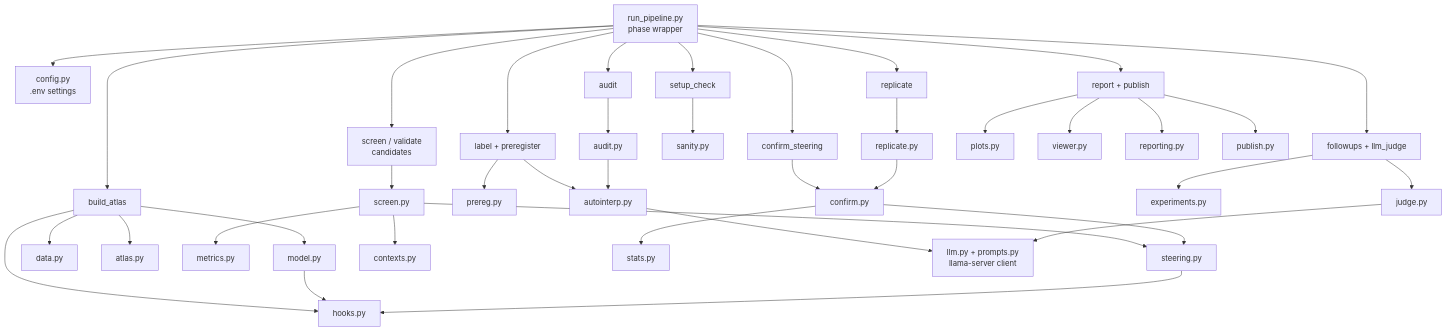
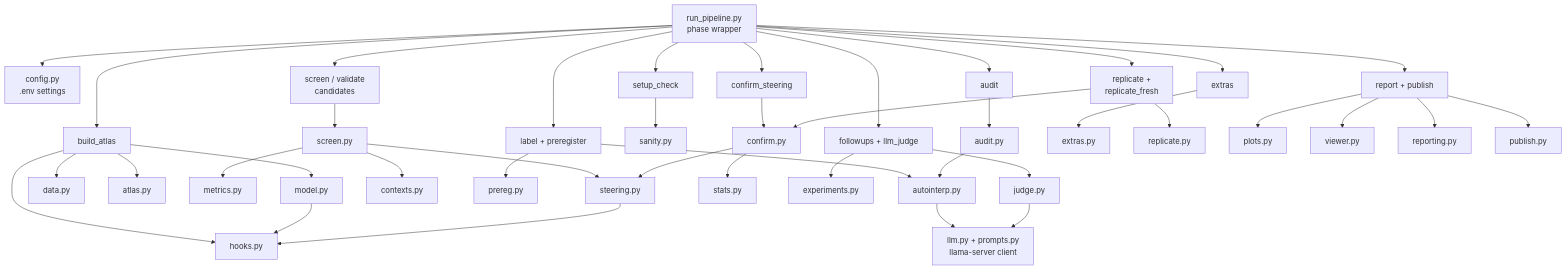
The second of 2 diagrams in README.md (BurnyCoder/looped-transformers-llms-neuron-mechanistic-interpretability), drawn with Mermaid before and after one commit. The commit also changed other lines of this file and 7 other files, not shown here.

````diff
--- a/README.md
+++ b/README.md
@@ -152,18 +156,19 @@
 ```mermaid
 flowchart TB
   RP[run_pipeline.py<br/>phase wrapper] --> CFG[config.py<br/>.env settings]
-  RP --> PH0[setup_check] & PH1[build_atlas] & PH2[screen / validate<br/>candidates] & PH3[label + preregister] & PH4[confirm_steering] & PH5[followups + llm_judge] & PH6[audit] & PH7[replicate] & PH8[report + publish]
+  RP --> PH0[setup_check] & PH1[build_atlas] & PH2[screen / validate<br/>candidates] & PH3[label + preregister] & PH4[confirm_steering] & PH5[followups + llm_judge] & PH6[audit] & PHX[extras] & PH7[replicate +<br/>replicate_fresh] & PH8[report + publish]
   PH0 --> SN[sanity.py]
   PH1 --> M[model.py] & HK[hooks.py] & DT[data.py] & AT[atlas.py]
   PH2 --> SC[screen.py] --> MT[metrics.py] & ST[steering.py] & CX[contexts.py]
   PH3 --> PR[prereg.py] & AI[autointerp.py]
   PH4 --> CF[confirm.py] --> ST & SS[stats.py]
   PH5 --> EX[experiments.py] & JD[judge.py]
   PH6 --> AU[audit.py] --> AI
-  PH7 --> RE[replicate.py] --> CF
+  PHX --> XX[extras.py]
+  PH7 --> RE[replicate.py] & CF
   AI --> LLM[llm.py + prompts.py<br/>llama-server client]
   JD --> LLM
   PH8 --> PL[plots.py] & VW[viewer.py] & RT[reporting.py] & PB[publish.py]
   M --> HK
   ST --> HK
 ```
````
